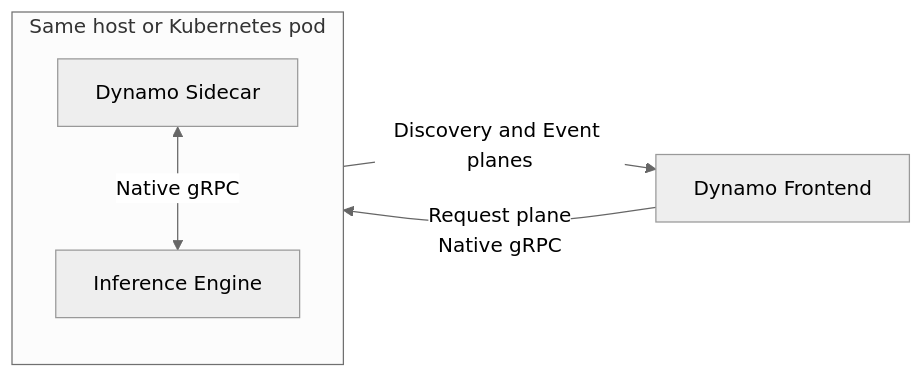
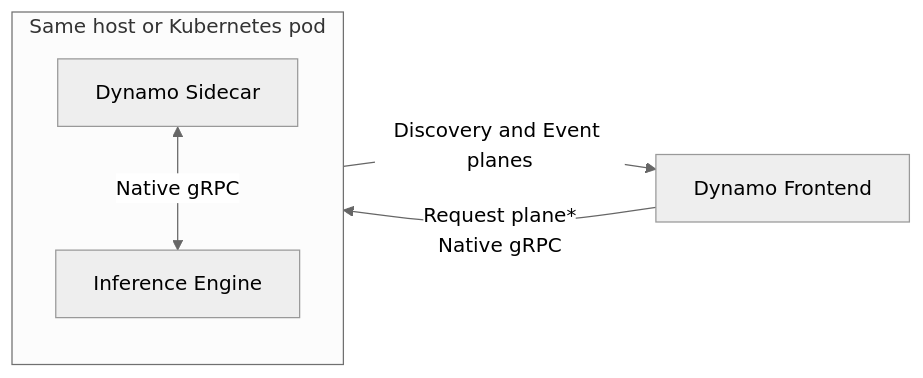
The diagram in docs/fern/design-docs/sidecar-backends.md (ai-dynamo/dynamo), drawn with Mermaid (neutral theme) before and after one commit. The commit also changed other lines of this file, not shown here.

Commit message:
docs: clarify sidecar request path

````diff
--- a/docs/fern/design-docs/sidecar-backends.md
+++ b/docs/fern/design-docs/sidecar-backends.md
@@ -31,10 +31,10 @@
 ```mermaid
 flowchart LR
   F[Dynamo Frontend]
   subgraph W[Same host or Kubernetes pod]
     direction TB
     S[Dynamo Sidecar] <-->|Native gRPC| E[Inference Engine]
   end
   S -->|Discovery and Event planes| F
-  F -->|Request plane<br/>Native gRPC| E
+  F -->|Request plane*<br/>Native gRPC| E
 ```
````
